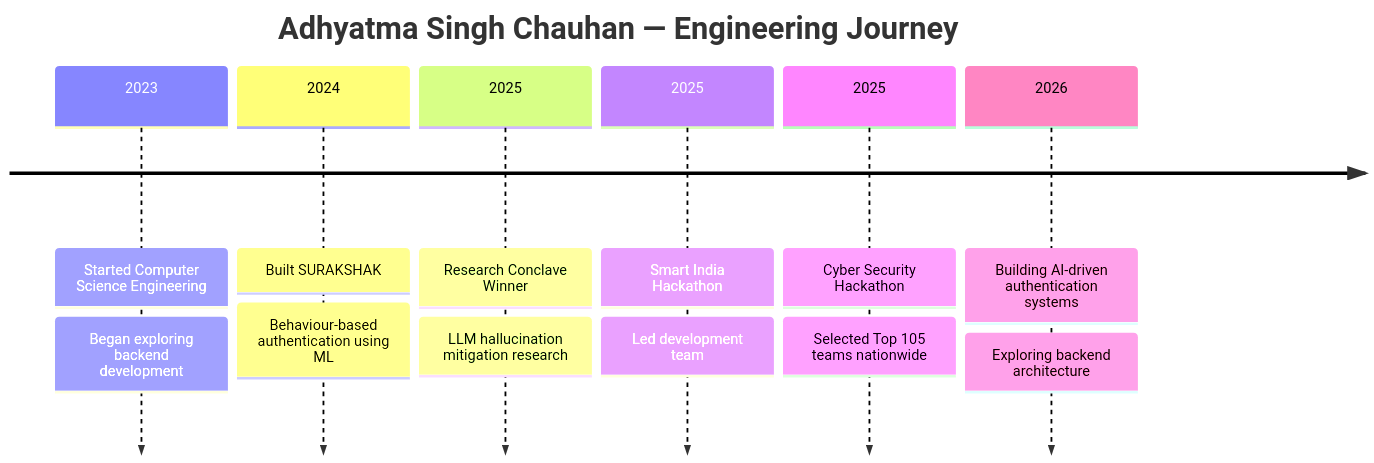
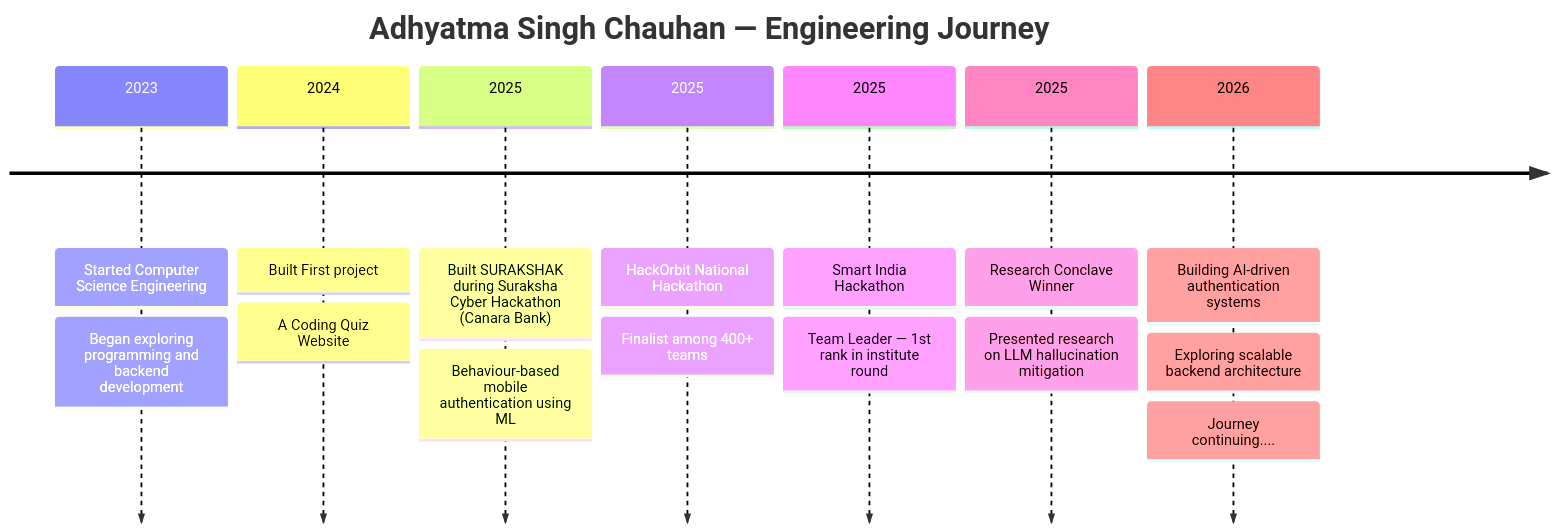
The diagram in README.md (asc006-git/asc006-git), drawn with Mermaid before and after one commit. The commit also changed other lines of this file, not shown here.

Commit message:
Revise project timeline and accomplishments
Updated project timeline and achievements in README.

````diff
--- a/README.md
+++ b/README.md
@@ -23,22 +23,26 @@
 ```mermaid
 timeline
     title Adhyatma Singh Chauhan — Engineering Journey
 
     2023 : Started Computer Science Engineering
-         : Began exploring backend development
+         : Began exploring programming and backend development
 
-    2024 : Built SURAKSHAK
-         : Behaviour-based authentication using ML
+    2024 : Built First project 
+         : A Coding Quiz Website
+
+    2025 : Built SURAKSHAK during Suraksha Cyber Hackathon (Canara Bank)
+         : Behaviour-based mobile authentication using ML
+
+    2025 : HackOrbit National Hackathon
+         : Finalist among 400+ teams
+
+    2025 : Smart India Hackathon
+         : Team Leader — 1st rank in institute round
 
     2025 : Research Conclave Winner
-         : LLM hallucination mitigation research
-
-    2025 : Smart India Hackathon
-         : Led development team
-
-    2025 : Cyber Security Hackathon
-         : Selected Top 105 teams nationwide
+         : Presented research on LLM hallucination mitigation
 
     2026 : Building AI-driven authentication systems
-         : Exploring backend architecture
+         : Exploring scalable backend architecture
+         : Journey continuing....
 ```
````
